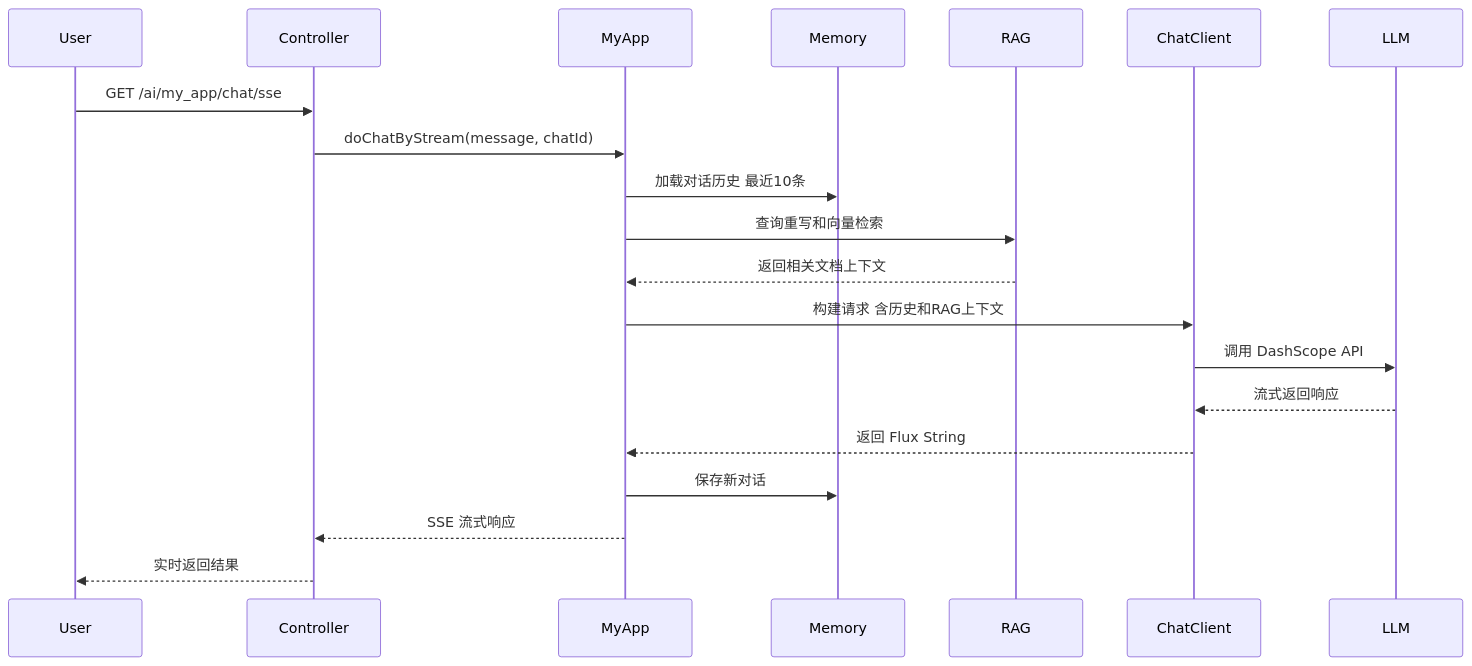
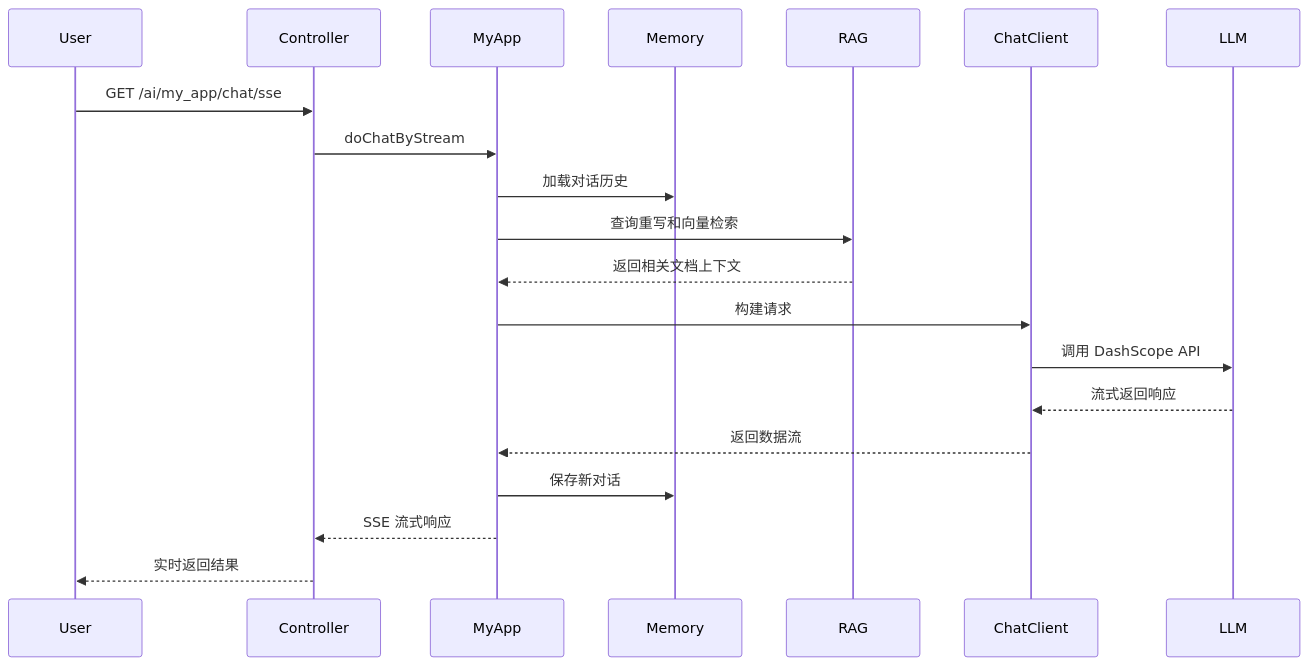
The second of 4 diagrams in architecture.md (lqj-a/my-ai-agent), drawn with Mermaid before and after one commit. The commit also changed other lines of this file, not shown here.

Commit message:
修改项目架构图展示错误

````diff
--- a/architecture.md
+++ b/architecture.md
@@ -148,23 +148,23 @@
 ```mermaid
 sequenceDiagram
     participant User
     participant Controller
     participant MyApp
     participant Memory
     participant RAG
     participant ChatClient
     participant LLM
 
     User->>Controller: GET /ai/my_app/chat/sse
-    Controller->>MyApp: doChatByStream(message, chatId)
-    MyApp->>Memory: 加载对话历史 最近10条
+    Controller->>MyApp: doChatByStream
+    MyApp->>Memory: 加载对话历史
     MyApp->>RAG: 查询重写和向量检索
     RAG-->>MyApp: 返回相关文档上下文
-    MyApp->>ChatClient: 构建请求 含历史和RAG上下文
+    MyApp->>ChatClient: 构建请求
     ChatClient->>LLM: 调用 DashScope API
     LLM-->>ChatClient: 流式返回响应
-    ChatClient-->>MyApp: 返回 Flux String
+    ChatClient-->>MyApp: 返回数据流
     MyApp->>Memory: 保存新对话
     MyApp-->>Controller: SSE 流式响应
     Controller-->>User: 实时返回结果
 ```
````
